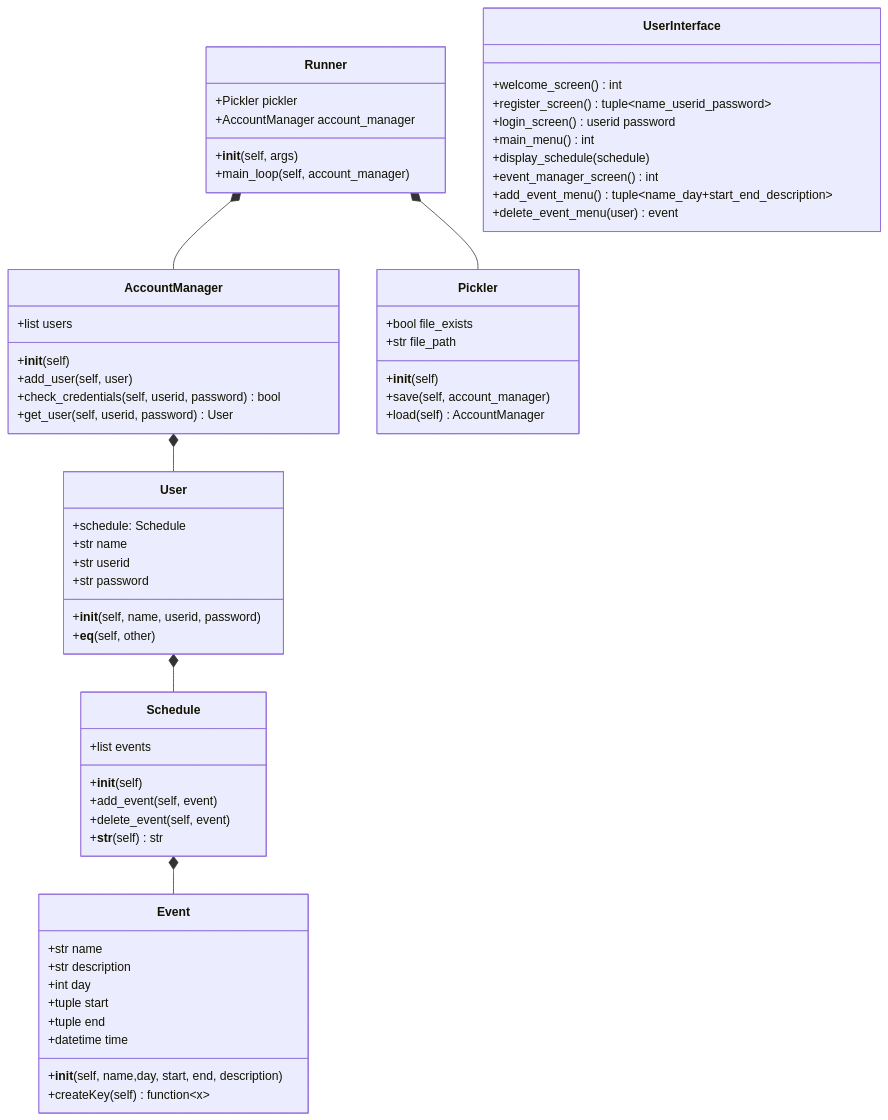
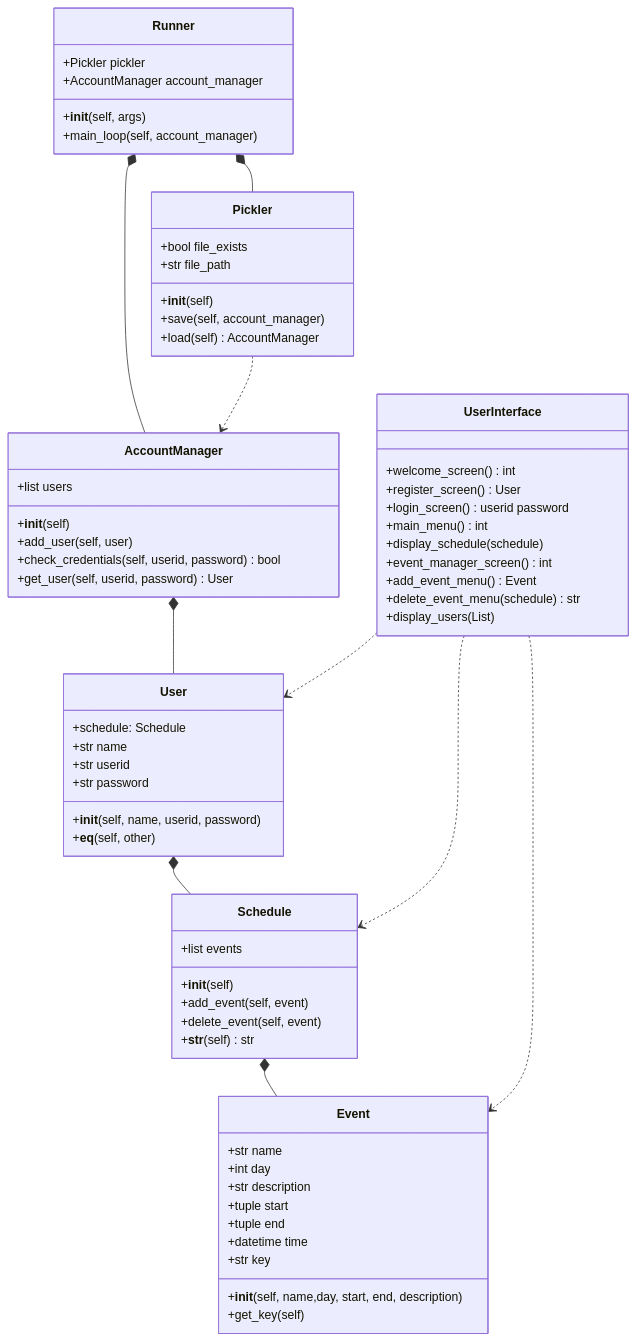
The diagram in ClassDiagram.md (ShamsAnsari/PalgorithmScheduler), drawn with Mermaid before and after one commit.

````diff
--- a/ClassDiagram.md
+++ b/ClassDiagram.md
@@ -2,74 +2,81 @@
 ```mermaid
 classDiagram
     AccountManager *-- User
     User *-- Schedule
     Schedule *-- Event
     Runner *-- AccountManager
     Runner *-- Pickler
+    Pickler ..> AccountManager
+    UserInterface ..> Schedule
+    UserInterface ..> User
+    UserInterface ..> Event
 
     class Pickler{
         +bool file_exists
         +str file_path
         +__init__(self)
         +save(self, account_manager)
         +load(self) AccountManager
     }
 
     class AccountManager{
         +list users
         +__init__(self)
         +add_user(self, user)
         +check_credentials(self, userid, password) bool
         +get_user(self, userid, password) User
     }
 
     class User{
         +schedule: Schedule
         +str name
         +str userid
         +str password
         +__init__(self, name, userid, password)
         +__eq__(self, other)
     }
 
     class Schedule{
         +list events
         +__init__(self)
         +add_event(self, event)
         +delete_event(self, event)
         +__str__(self) str
     }
 
     class Event{
         +str name
+        +int day
         +str description
-        +int day
         +tuple<int, int> start
         +tuple<int, int> end
         +datetime time
+        +str key
         +__init__(self, name,day, start, end, description)
-        +createKey(self) function~x~
+        +get_key(self)
+
     }
 
     class UserInterface{
 
         +welcome_screen() int
-        +register_screen() tuple~name_userid_password~
+        +register_screen() User
         +login_screen() userid password
         +main_menu() int
         +display_schedule(schedule)
         +event_manager_screen() int
-        +add_event_menu() tuple~name_day+start_end_description~
-        +delete_event_menu(user) event
+        +add_event_menu() Event
+        +delete_event_menu(schedule) str
+        +display_users(List<User>)
     }
 
     class Runner{
         +Pickler pickler
         +AccountManager account_manager
         +__init__(self, args)
         +main_loop(self, account_manager)
 
     }
 
     
 ```
````
